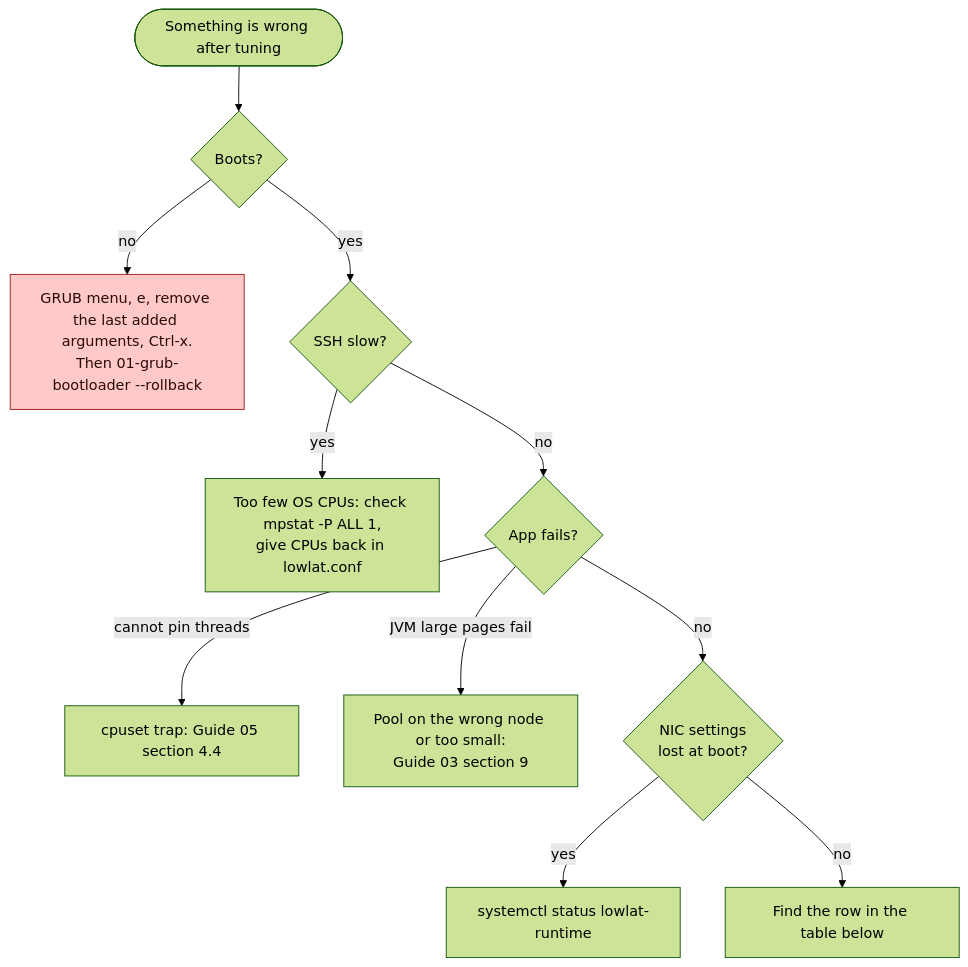
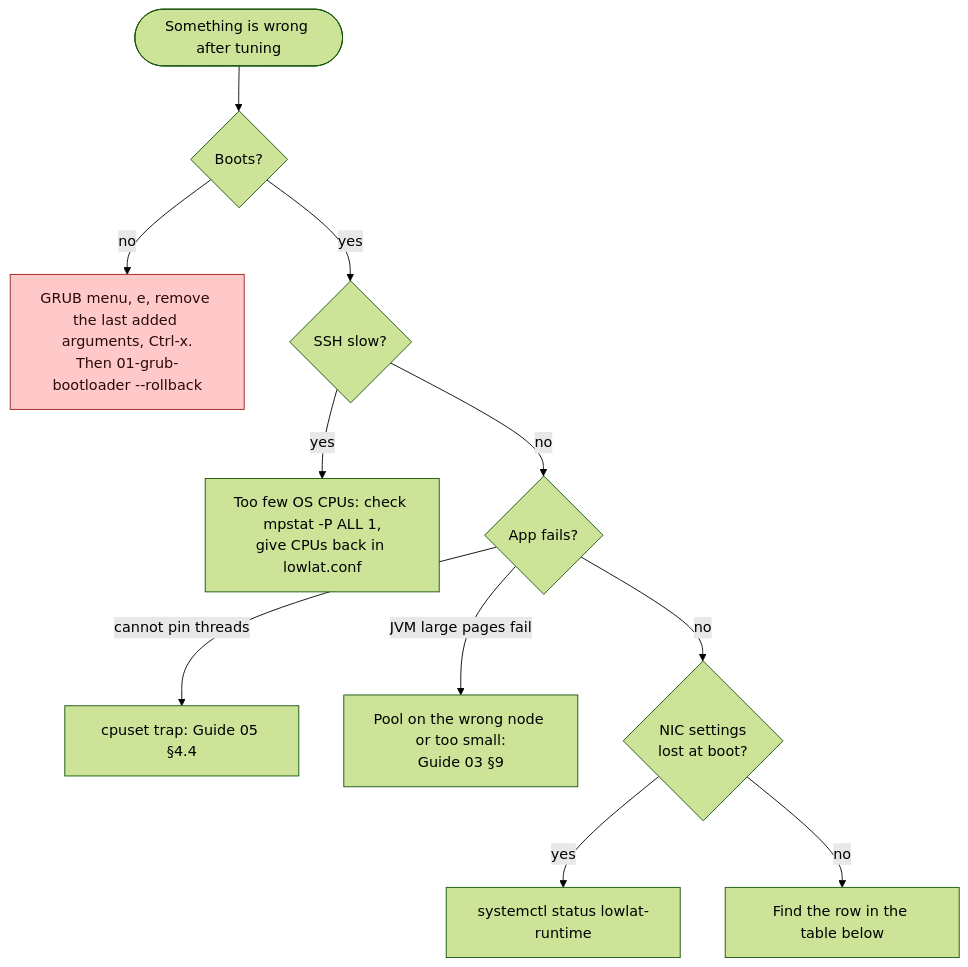
One commit to vitor-tadashi/mechanical-sympathy changed the third of 4 diagrams in QUICK_START.md. Above: the diagram before and after it, drawn with Mermaid (forest theme). The commit also changed other lines of this file and 61 other files, not shown here.

````diff
--- a/QUICK_START.md
+++ b/QUICK_START.md
@@ -148,15 +152,15 @@
 ```mermaid
 flowchart TD
   s(["Something is wrong after tuning"]) --> boot{"Boots?"}
   boot -- no --> f1["GRUB menu, e, remove the last added arguments, Ctrl-x.<br/>Then 01-grub-bootloader --rollback"]
   boot -- yes --> slow{"SSH slow?"}
   slow -- yes --> f2["Too few OS CPUs: check mpstat -P ALL 1,<br/>give CPUs back in lowlat.conf"]
   slow -- no --> app{"App fails?"}
-  app -- "cannot pin threads" --> f3["cpuset trap: Guide 05 section 4.4"]
-  app -- "JVM large pages fail" --> f4["Pool on the wrong node or too small:<br/>Guide 03 section 9"]
+  app -- "cannot pin threads" --> f3["cpuset trap: Guide 05 §4.4"]
+  app -- "JVM large pages fail" --> f4["Pool on the wrong node or too small:<br/>Guide 03 §9"]
   app -- no --> net{"NIC settings<br/>lost at boot?"}
   net -- yes --> f5["systemctl status lowlat-runtime"]
   net -- no --> f6["Find the row in the table below"]
   classDef risk fill:#ffc9c9,stroke:#9b1c1c,color:#2b0a0a
   class f1 risk
 ```
````
